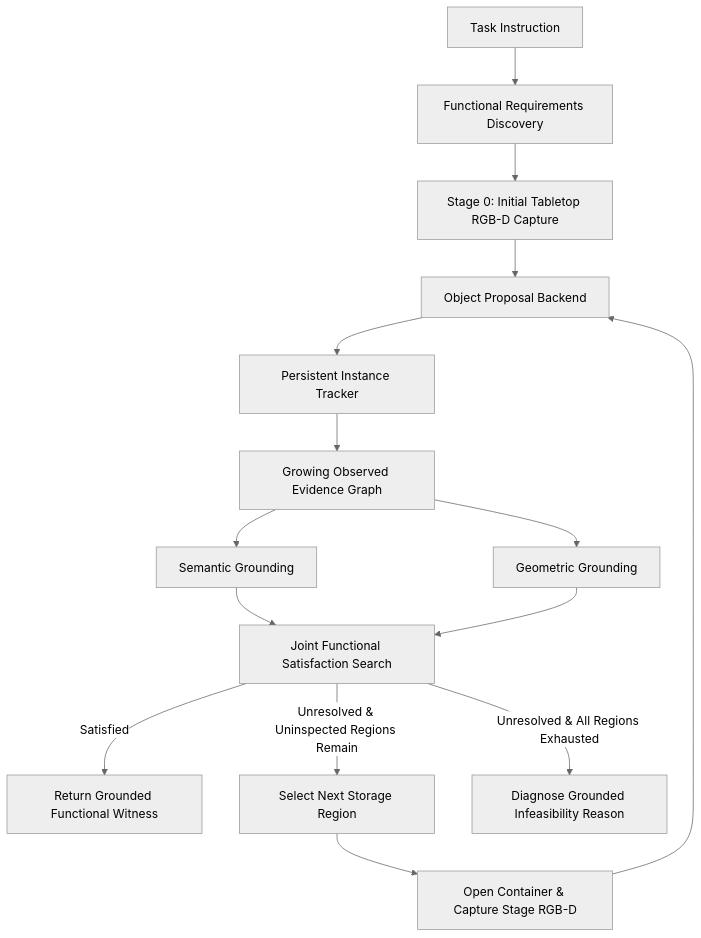
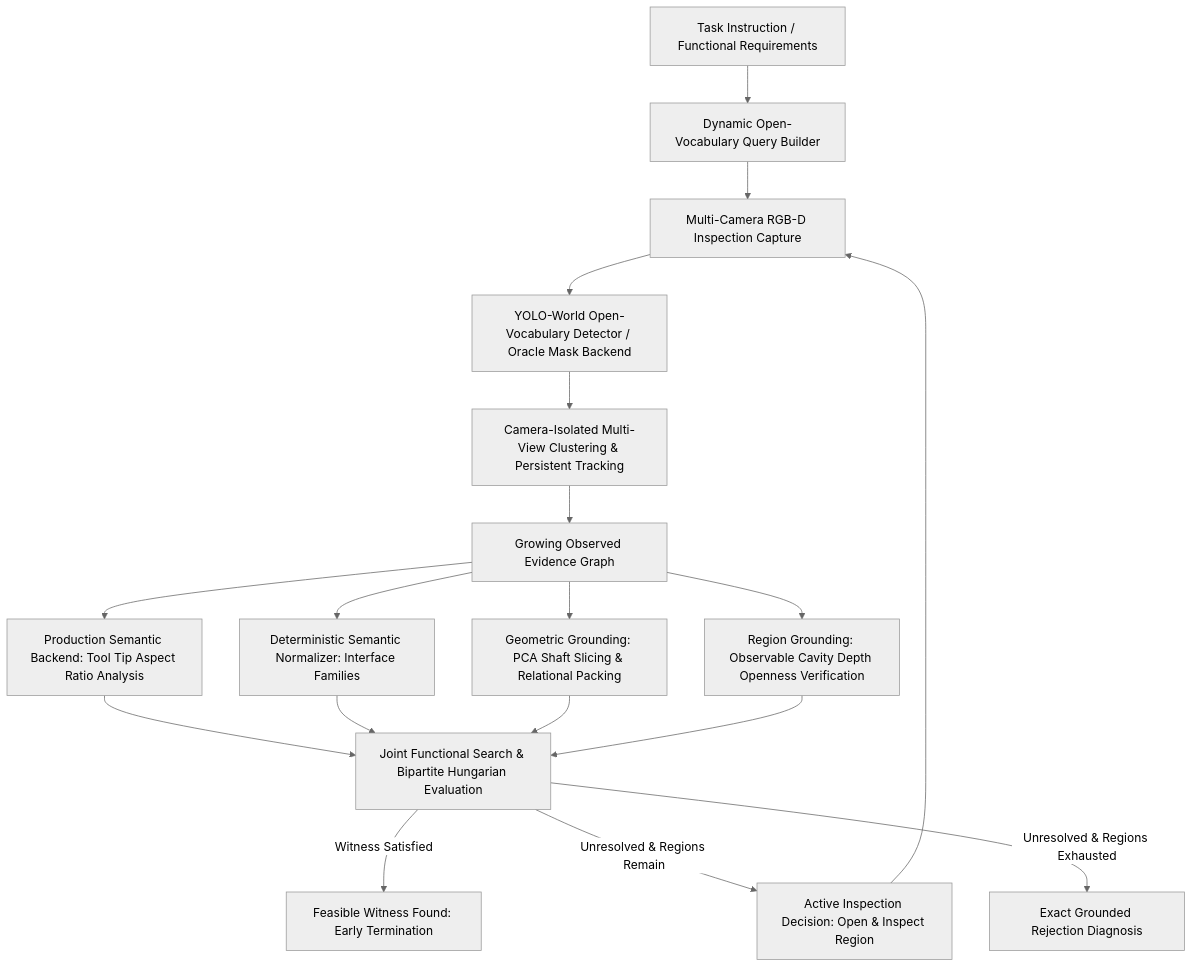
One commit to Narendhiranv04/icra-we-ball changed the diagram in docs/WORKSHOP_PHASE1_GROUNDING.md. Above: the diagram before and after it, drawn with Mermaid (neutral theme). The commit also changed other lines of this file and 1817 other files, not shown here.

````diff
--- a/docs/WORKSHOP_PHASE1_GROUNDING.md
+++ b/docs/WORKSHOP_PHASE1_GROUNDING.md
@@ -24,17 +24,20 @@
 ```mermaid
 graph TD
-    A[Task Instruction] --> B[Functional Requirements Discovery]
-    B --> C[Stage 0: Initial Tabletop RGB-D Capture]
-    C --> D[Object Proposal Backend]
-    D --> E[Persistent Instance Tracker]
+    A[Task Instruction / Functional Requirements] --> B[Dynamic Open-Vocabulary Query Builder]
+    B --> C[Multi-Camera RGB-D Inspection Capture]
+    C --> D[YOLO-World Open-Vocabulary Detector / Oracle Mask Backend]
+    D --> E[Camera-Isolated Multi-View Clustering & Persistent Tracking]
     E --> F[Growing Observed Evidence Graph]
-    F --> G[Semantic Grounding]
-    F --> H[Geometric Grounding]
-    G --> I[Joint Functional Satisfaction Search]
-    H --> I
-    I -->|Satisfied| J[Return Grounded Functional Witness]
-    I -->|Unresolved & Uninspected Regions Remain| K[Select Next Storage Region]
-    K --> L[Open Container & Capture Stage RGB-D]
-    L --> D
-    I -->|Unresolved & All Regions Exhausted| M[Diagnose Grounded Infeasibility Reason]
+    F --> G[Production Semantic Backend: Tool Tip Aspect Ratio Analysis]
+    F --> H[Deterministic Semantic Normalizer: Interface Families]
+    F --> I[Geometric Grounding: PCA Shaft Slicing & Relational Packing]
+    F --> J[Region Grounding: Observable Cavity Depth Openness Verification]
+    G --> K[Joint Functional Search & Bipartite Hungarian Evaluation]
+    H --> K
+    I --> K
+    J --> K
+    K -->|Witness Satisfied| L[Feasible Witness Found: Early Termination]
+    K -->|Unresolved & Regions Remain| M[Active Inspection Decision: Open & Inspect Region]
+    M --> C
+    K -->|Unresolved & Regions Exhausted| N[Exact Grounded Rejection Diagnosis]
 ```
````
